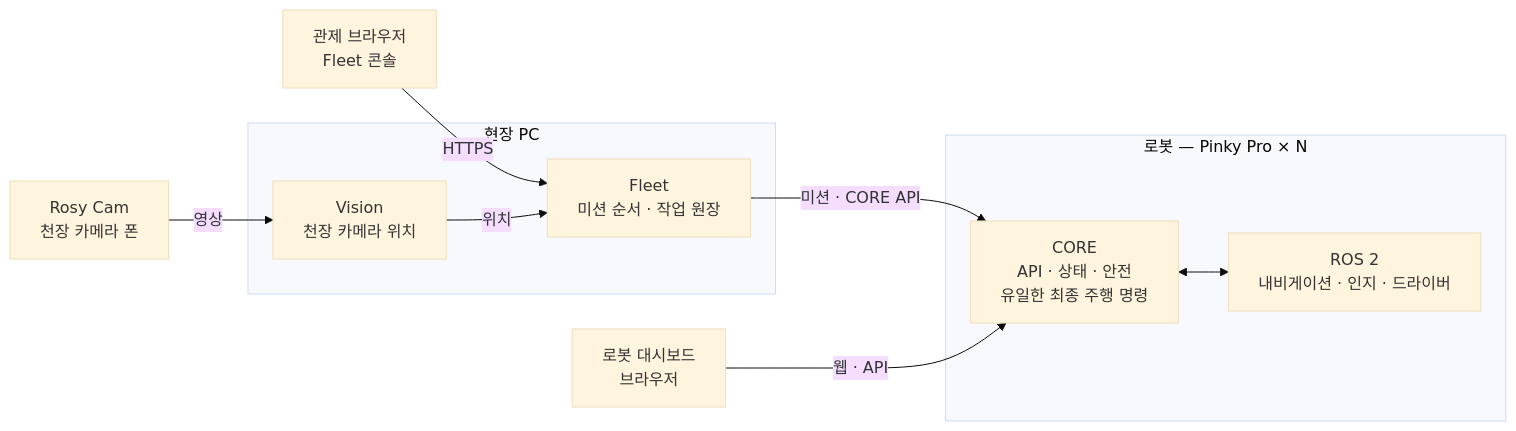
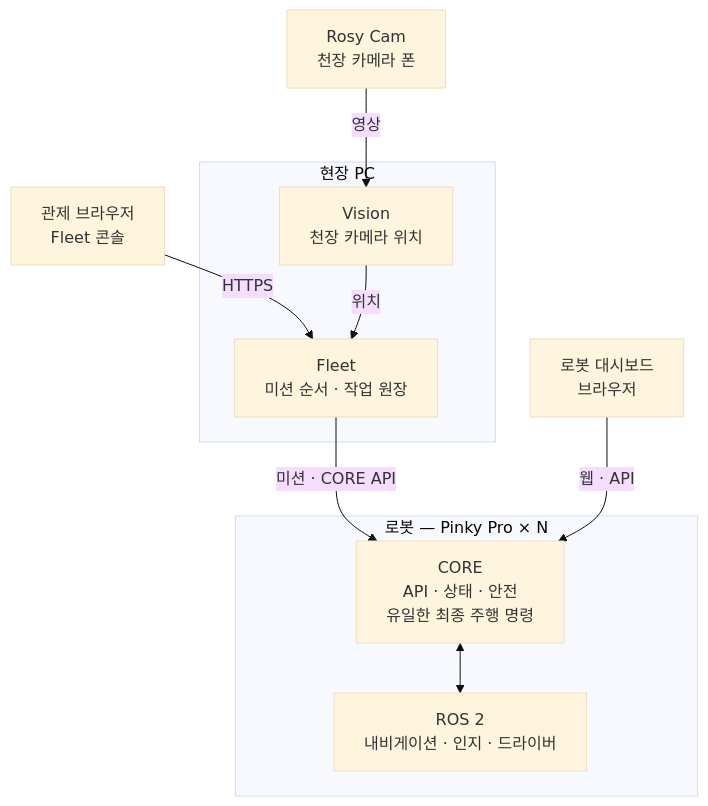
The first of 2 diagrams in README.md (livsbittt/rosy-os), drawn with Mermaid (base theme) before and after one commit.

Commit message:
docs(readme): draw the system diagram top-down so labels stay legible

````diff
--- a/README.md
+++ b/README.md
@@ -13,17 +13,17 @@
 ```mermaid
-flowchart LR
+flowchart TB
     op["관제 브라우저<br/>Fleet 콘솔"] -->|HTTPS| fleet
     cam["Rosy Cam<br/>천장 카메라 폰"] -->|영상| vision
     subgraph site["현장 PC"]
         fleet["Fleet<br/>미션 순서 · 작업 원장"]
         vision["Vision<br/>천장 카메라 위치"]
         vision -->|위치| fleet
     end
     subgraph robot["로봇 — Pinky Pro × N"]
         core["CORE<br/>API · 상태 · 안전<br/>유일한 최종 주행 명령"]
         ros["ROS 2<br/>내비게이션 · 인지 · 드라이버"]
         core <--> ros
     end
     fleet -->|미션 · CORE API| core
     dash["로봇 대시보드<br/>브라우저"] -->|웹 · API| core
 ```
````
